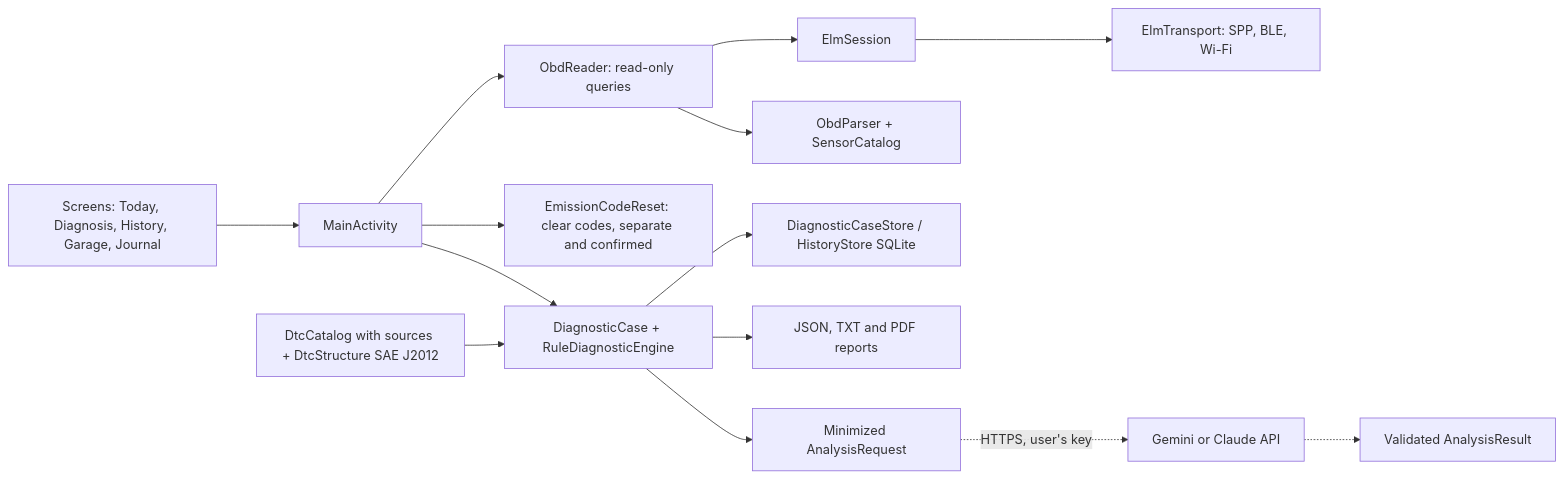
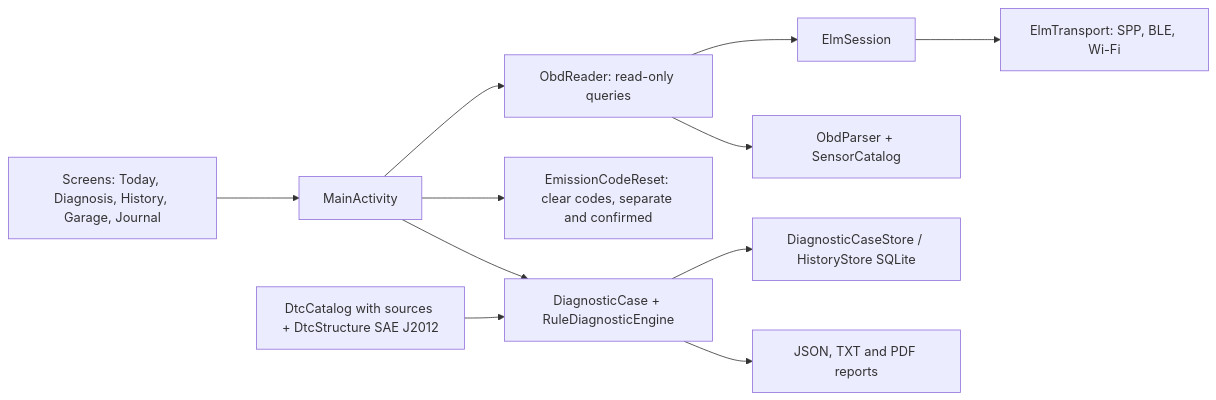
The diagram in README.md (YagoBorba/BorbaCarLabs), drawn with Mermaid before and after one commit. The commit also changed other lines of this file and 5 other files, not shown here.

````diff
--- a/README.md
+++ b/README.md
@@ -117,14 +101,12 @@
 ```mermaid
 flowchart LR
     UI[Screens: Today, Diagnosis, History, Garage, Journal] --> MA[MainActivity]
     MA --> OR[ObdReader: read-only queries]
     MA --> EC[EmissionCodeReset: clear codes, separate and confirmed]
     OR --> ES[ElmSession] --> T[ElmTransport: SPP, BLE, Wi-Fi]
     OR --> P[ObdParser + SensorCatalog]
     MA --> DC[DiagnosticCase + RuleDiagnosticEngine]
     K[DtcCatalog with sources + DtcStructure SAE J2012] --> DC
     DC --> H[DiagnosticCaseStore / HistoryStore SQLite]
     DC --> R[JSON, TXT and PDF reports]
-    DC --> AR[Minimized AnalysisRequest] -.HTTPS, user's key.-> S[Gemini or Claude API]
-    S -.-> AV[Validated AnalysisResult]
 ```
````
